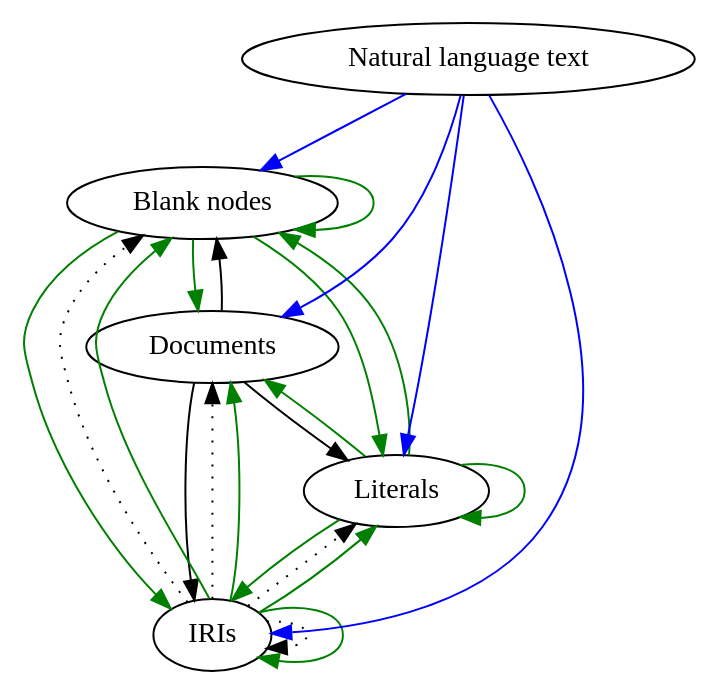
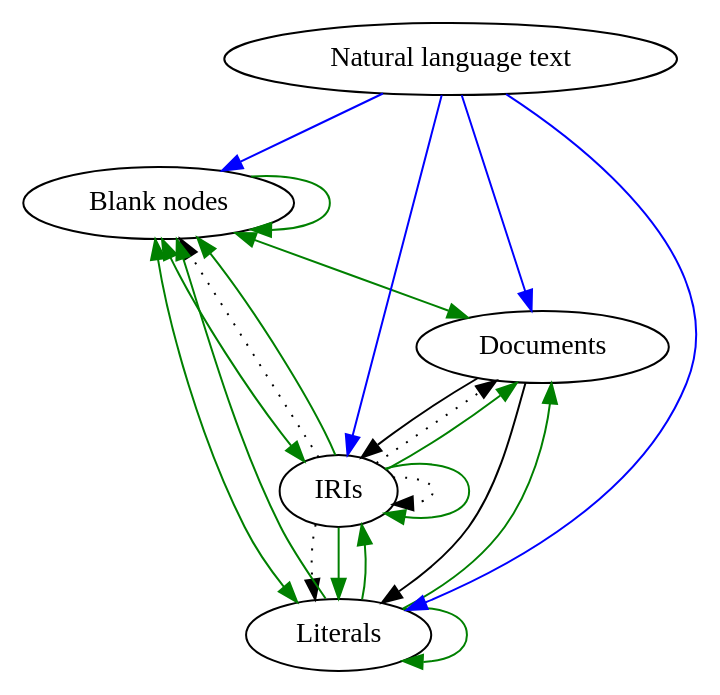
One commit to wouterbeek/wouterbeek.github.io changed the diagram in presentations/img/navigation3.dot. Above: the diagram before and after it, drawn with Graphviz.

```diff
--- a/presentations/img/navigation3.dot
+++ b/presentations/img/navigation3.dot
@@ -1,31 +1,30 @@
 digraph navigation {
   bno [label="Blank nodes"];
   doc [label="Documents"];
   iri [label="IRIs"];
   lit [label="Literals"];
   txt [label="Natural language text"];
 
   bno -> bno [color="green",style="solid"];
-  bno -> doc [color="green",style="solid"];
-  bno -> iri [color="green",style="solid"];
-  bno -> lit [color="green",style="solid"];
-  doc -> bno [style="solid"];
+  bno -> doc [color="green",dir="both",style="solid"];
+  bno -> iri [color="green",dir="both",style="solid"];
+  bno -> lit [color="green",dir="both",style="solid"];
   doc -> iri [style="solid"];
   doc -> lit [style="solid"];
   iri -> bno [style="dotted"];
   iri -> bno [color="green",style="solid"];
   iri -> doc [style="dotted"];
   iri -> doc [color="green",style="solid"];
   iri -> iri [style="dotted"];
   iri -> iri [color="green",style="solid"];
   iri -> lit [style="dotted"];
   iri -> lit [color="green",style="solid"];
   lit -> bno [color="green",style="solid"];
   lit -> doc [color="green",style="solid"];
   lit -> iri [color="green",style="solid"];
   lit -> lit [color="green",style="solid"];
   txt -> bno [color="blue",style="solid"];
   txt -> doc [color="blue",style="solid"];
   txt -> iri [color="blue",style="solid"];
   txt -> lit [color="blue",style="solid"];
 }
```
